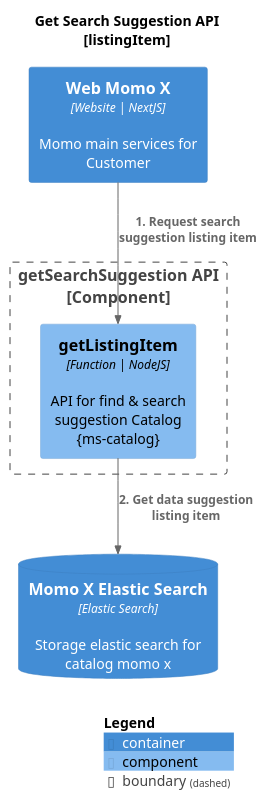
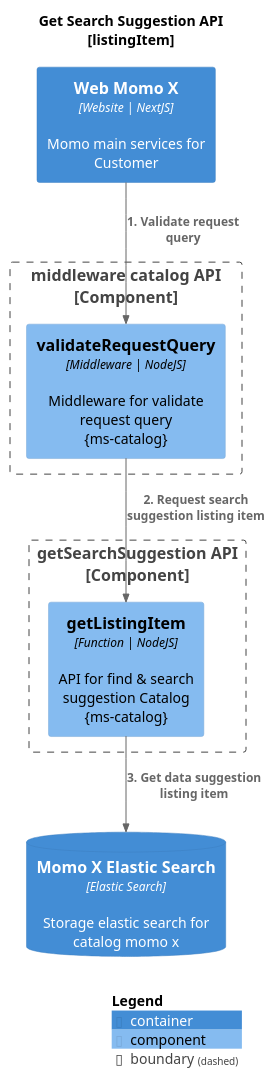
One commit to JoshAndreas/Project-C4-Diagram changed the diagram in MomoX/ms-catalog/listingItem/getSearchSuggestion.puml. Above: the diagram before and after it, drawn with PlantUML. The commit also changed 52 other files, not shown here.

Commit message:
New C4 Diagram File for Auto X

```diff
--- a/MomoX/ms-catalog/listingItem/getSearchSuggestion.puml
+++ b/MomoX/ms-catalog/listingItem/getSearchSuggestion.puml
@@ -1,23 +1,30 @@
 @startuml
 !include https://raw.githubusercontent.com/plantuml-stdlib/C4-PlantUML/master/C4_Component.puml
 
 
 LAYOUT_WITH_LEGEND()
 title Get Search Suggestion API\n[listingItem]
 
     Container(web_momo_x, "Web Momo X", "Website | NextJS", "Momo main services for Customer")
+
+    Boundary(middleware, "middleware catalog API\n[Component]"){
+
+        Component(validate_query, "validateRequestQuery", "Middleware | NodeJS", "Middleware for validate request query\n{ms-catalog}")
+
+    }
     
     Boundary(api, "getSearchSuggestion API\n[Component]"){
 
         Component(getListingItem, "getListingItem", "Function | NodeJS", "API for find & search suggestion Catalog \n{ms-catalog}")
 
     }
     ContainerDb(momo_x_elasticsearch, "Momo X Elastic Search", "Elastic Search", "Storage elastic search for catalog momo x")
 
 
-Rel_D(web_momo_x, getListingItem, "1. Request search suggestion listing item")
-Rel_D(getListingItem, momo_x_elasticsearch, "2. Get data suggestion listing item")
+Rel_D(web_momo_x, validate_query, "1. Validate request query")
+Rel_D(validate_query, getListingItem, "2. Request search suggestion listing item")
+Rel_D(getListingItem, momo_x_elasticsearch, "3. Get data suggestion listing item")
 
 
 SHOW_LEGEND()
 @enduml
```
